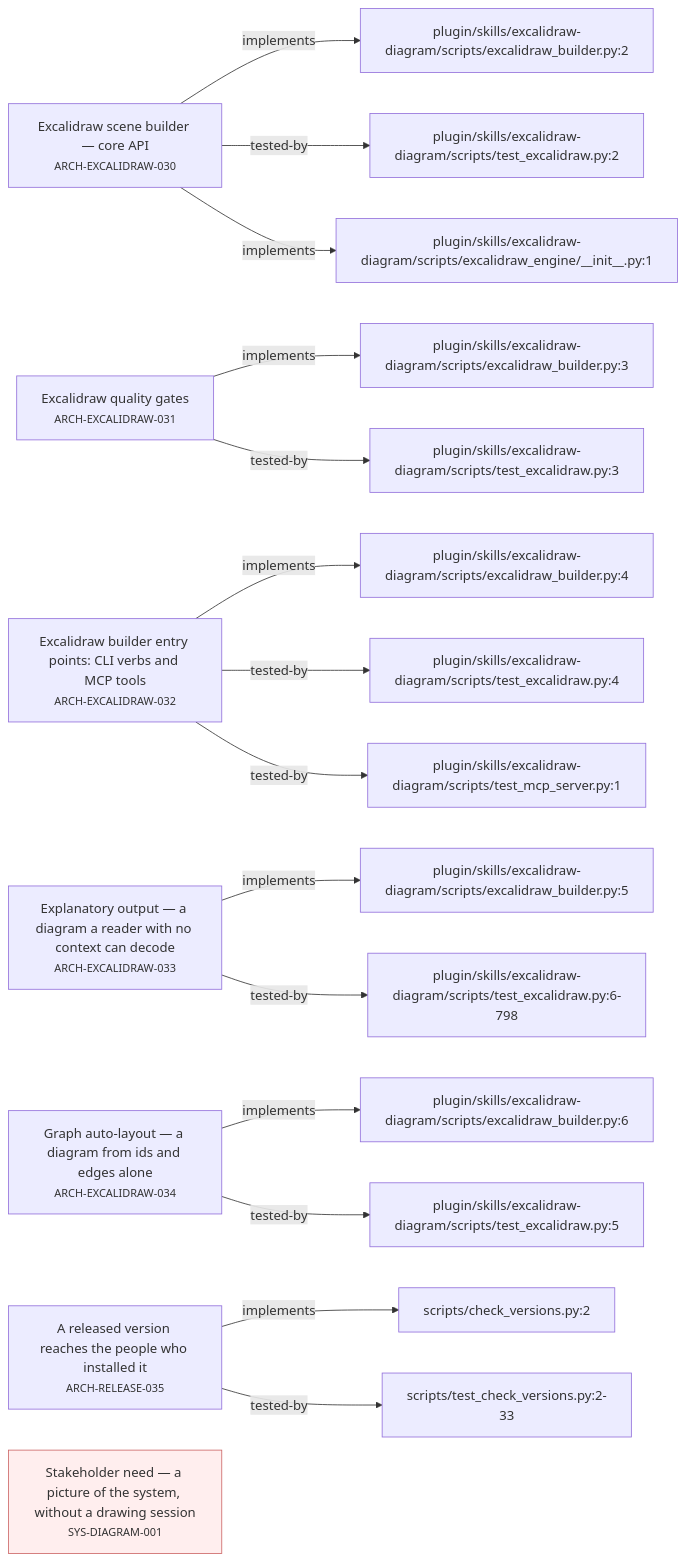
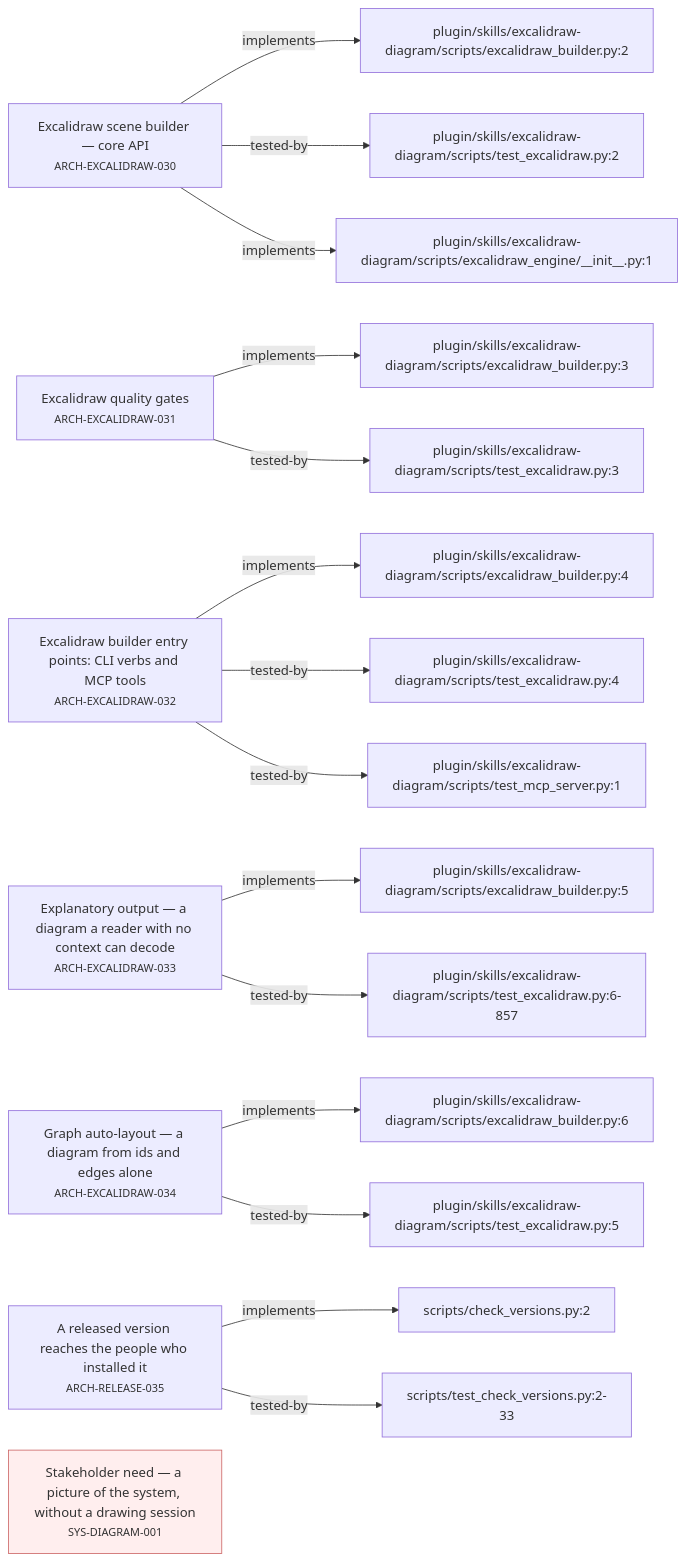
Before and after one commit to alxmax/excalidraw-diagram: the second of 4 diagrams in requirements/_map.md, drawn with Mermaid. The commit also changed 22 other files, not shown here.

````diff
--- a/requirements/_map.md
+++ b/requirements/_map.md
@@ -53,39 +53,39 @@
 ```mermaid
 graph LR
   ARCH_EXCALIDRAW_030["Excalidraw scene builder — core API<br><small>ARCH-EXCALIDRAW-030</small>"]
   f_plugin_skills_excalidraw_diagram_scripts_excalidraw_builder_py_2["plugin/skills/excalidraw-diagram/scripts/excalidraw_builder.py:2"]
   ARCH_EXCALIDRAW_030 -->|implements| f_plugin_skills_excalidraw_diagram_scripts_excalidraw_builder_py_2
   f_plugin_skills_excalidraw_diagram_scripts_test_excalidraw_py_2["plugin/skills/excalidraw-diagram/scripts/test_excalidraw.py:2"]
   ARCH_EXCALIDRAW_030 -->|tested-by| f_plugin_skills_excalidraw_diagram_scripts_test_excalidraw_py_2
   f_plugin_skills_excalidraw_diagram_scripts_excalidraw_engine___init___py_1["plugin/skills/excalidraw-diagram/scripts/excalidraw_engine/__init__.py:1"]
   ARCH_EXCALIDRAW_030 -->|implements| f_plugin_skills_excalidraw_diagram_scripts_excalidraw_engine___init___py_1
   ARCH_EXCALIDRAW_031["Excalidraw quality gates<br><small>ARCH-EXCALIDRAW-031</small>"]
   f_plugin_skills_excalidraw_diagram_scripts_excalidraw_builder_py_3["plugin/skills/excalidraw-diagram/scripts/excalidraw_builder.py:3"]
   ARCH_EXCALIDRAW_031 -->|implements| f_plugin_skills_excalidraw_diagram_scripts_excalidraw_builder_py_3
   f_plugin_skills_excalidraw_diagram_scripts_test_excalidraw_py_3["plugin/skills/excalidraw-diagram/scripts/test_excalidraw.py:3"]
   ARCH_EXCALIDRAW_031 -->|tested-by| f_plugin_skills_excalidraw_diagram_scripts_test_excalidraw_py_3
   ARCH_EXCALIDRAW_032["Excalidraw builder entry points: CLI verbs and MCP tools<br><small>ARCH-EXCALIDRAW-032</small>"]
   f_plugin_skills_excalidraw_diagram_scripts_excalidraw_builder_py_4["plugin/skills/excalidraw-diagram/scripts/excalidraw_builder.py:4"]
   ARCH_EXCALIDRAW_032 -->|implements| f_plugin_skills_excalidraw_diagram_scripts_excalidraw_builder_py_4
   f_plugin_skills_excalidraw_diagram_scripts_test_excalidraw_py_4["plugin/skills/excalidraw-diagram/scripts/test_excalidraw.py:4"]
   ARCH_EXCALIDRAW_032 -->|tested-by| f_plugin_skills_excalidraw_diagram_scripts_test_excalidraw_py_4
   f_plugin_skills_excalidraw_diagram_scripts_test_mcp_server_py_1["plugin/skills/excalidraw-diagram/scripts/test_mcp_server.py:1"]
   ARCH_EXCALIDRAW_032 -->|tested-by| f_plugin_skills_excalidraw_diagram_scripts_test_mcp_server_py_1
   ARCH_EXCALIDRAW_033["Explanatory output — a diagram a reader with no context can decode<br><small>ARCH-EXCALIDRAW-033</small>"]
   f_plugin_skills_excalidraw_diagram_scripts_excalidraw_builder_py_5["plugin/skills/excalidraw-diagram/scripts/excalidraw_builder.py:5"]
   ARCH_EXCALIDRAW_033 -->|implements| f_plugin_skills_excalidraw_diagram_scripts_excalidraw_builder_py_5
-  f_plugin_skills_excalidraw_diagram_scripts_test_excalidraw_py_6_798["plugin/skills/excalidraw-diagram/scripts/test_excalidraw.py:6-798"]
-  ARCH_EXCALIDRAW_033 -->|tested-by| f_plugin_skills_excalidraw_diagram_scripts_test_excalidraw_py_6_798
+  f_plugin_skills_excalidraw_diagram_scripts_test_excalidraw_py_6_857["plugin/skills/excalidraw-diagram/scripts/test_excalidraw.py:6-857"]
+  ARCH_EXCALIDRAW_033 -->|tested-by| f_plugin_skills_excalidraw_diagram_scripts_test_excalidraw_py_6_857
   ARCH_EXCALIDRAW_034["Graph auto-layout — a diagram from ids and edges alone<br><small>ARCH-EXCALIDRAW-034</small>"]
   f_plugin_skills_excalidraw_diagram_scripts_excalidraw_builder_py_6["plugin/skills/excalidraw-diagram/scripts/excalidraw_builder.py:6"]
   ARCH_EXCALIDRAW_034 -->|implements| f_plugin_skills_excalidraw_diagram_scripts_excalidraw_builder_py_6
   f_plugin_skills_excalidraw_diagram_scripts_test_excalidraw_py_5["plugin/skills/excalidraw-diagram/scripts/test_excalidraw.py:5"]
   ARCH_EXCALIDRAW_034 -->|tested-by| f_plugin_skills_excalidraw_diagram_scripts_test_excalidraw_py_5
   ARCH_RELEASE_035["A released version reaches the people who installed it<br><small>ARCH-RELEASE-035</small>"]
   f_scripts_check_versions_py_2["scripts/check_versions.py:2"]
   ARCH_RELEASE_035 -->|implements| f_scripts_check_versions_py_2
   f_scripts_test_check_versions_py_2_33["scripts/test_check_versions.py:2-33"]
   ARCH_RELEASE_035 -->|tested-by| f_scripts_test_check_versions_py_2_33
   SYS_DIAGRAM_001["Stakeholder need — a picture of the system, without a drawing session<br><small>SYS-DIAGRAM-001</small>"]
   style SYS_DIAGRAM_001 fill:#fee,stroke:#c66
 ```
````
